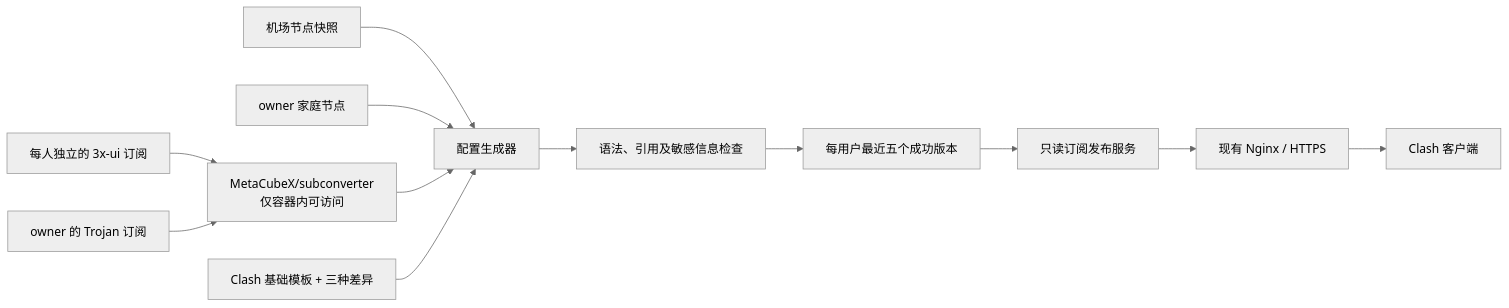
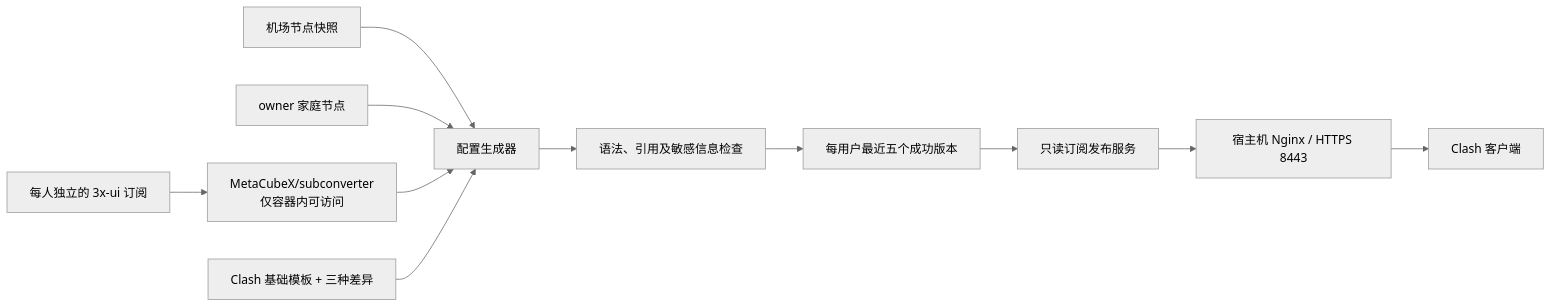
Before and after one commit to 42vio/my-clash-config: the first of 2 diagrams in docs/superpowers/specs/2026-08-21-clash-subscription-publication-design.md, drawn with Mermaid (neutral theme). The commit also changed other lines of this file and 1 other file, not shown here.

Commit message:
docs: redesign clean-server Clash architecture

````diff
--- a/docs/superpowers/specs/2026-08-21-clash-subscription-publication-design.md
+++ b/docs/superpowers/specs/2026-08-21-clash-subscription-publication-design.md
@@ -41,14 +43,13 @@
 ```mermaid
 flowchart LR
     X["每人独立的 3x-ui 订阅"] --> C["MetaCubeX/subconverter\n仅容器内可访问"]
-    T["owner 的 Trojan 订阅"] --> C
     A["机场节点快照"] --> G["配置生成器"]
     H["owner 家庭节点"] --> G
     C --> G
     B["Clash 基础模板 + 三种差异"] --> G
     G --> V["语法、引用及敏感信息检查"]
     V --> R["每用户最近五个成功版本"]
     R --> P["只读订阅发布服务"]
-    P --> N["现有 Nginx / HTTPS"]
+    P --> N["宿主机 Nginx / HTTPS 8443"]
     N --> U["Clash 客户端"]
 ```
````
